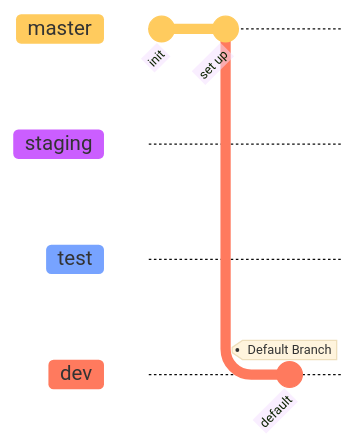
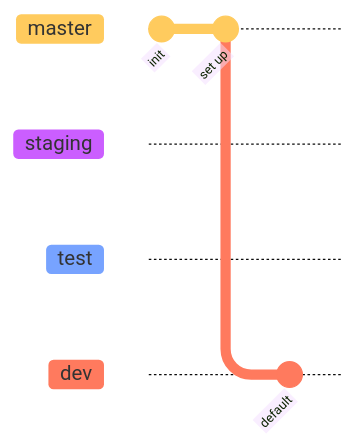
One commit to gzt5142/gzt5142 changed the first of 8 diagrams in GitFlow.md. Above: the diagram before and after it, drawn with Mermaid. The commit also changed other lines of this file, not shown here.

````diff
--- a/GitFlow.md
+++ b/GitFlow.md
@@ -26,11 +26,11 @@
 ```mermaid
 %%{init: {  'theme': 'base', "gitGraph": {"rotateCommitLabel": true, "mainBranchName": "master"}} }%%
 gitGraph
   commit id: "init"
   commit id: "set up"
   branch staging
   branch test
   branch dev
   checkout dev
-  commit id: "default" tag: "Default Branch"
+  commit id: "default"
 ```
````
